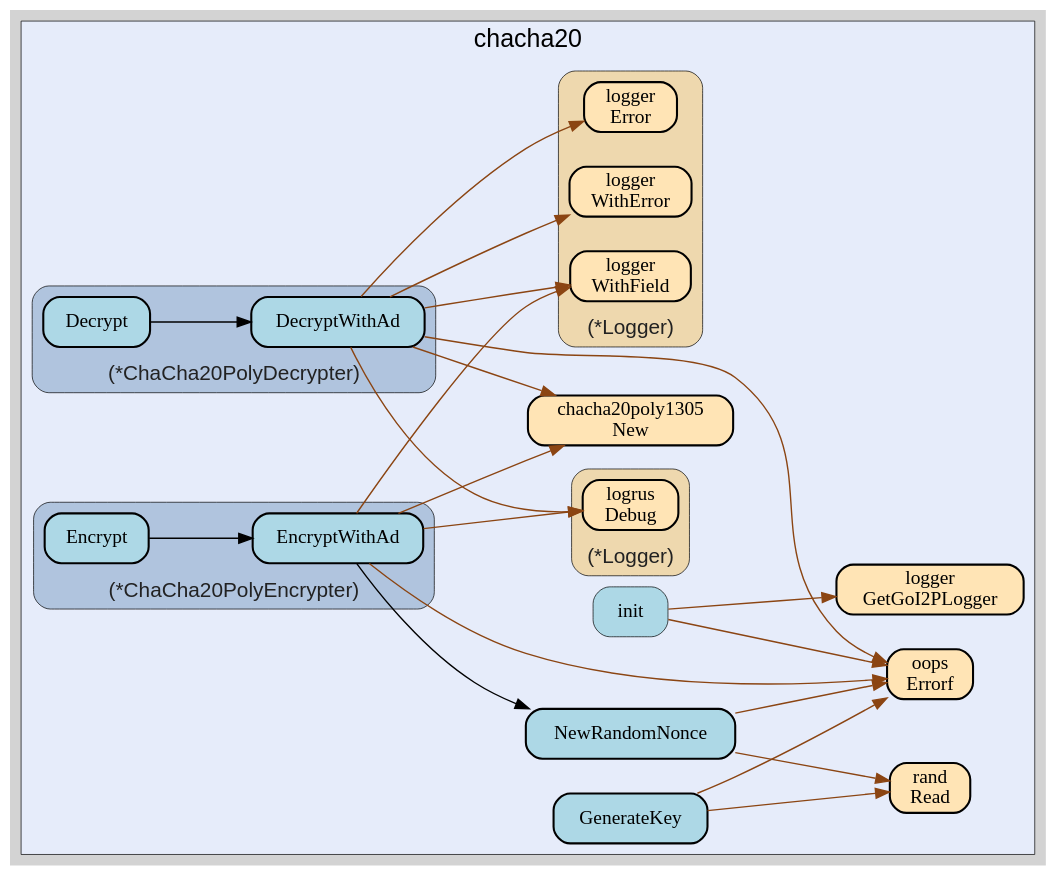
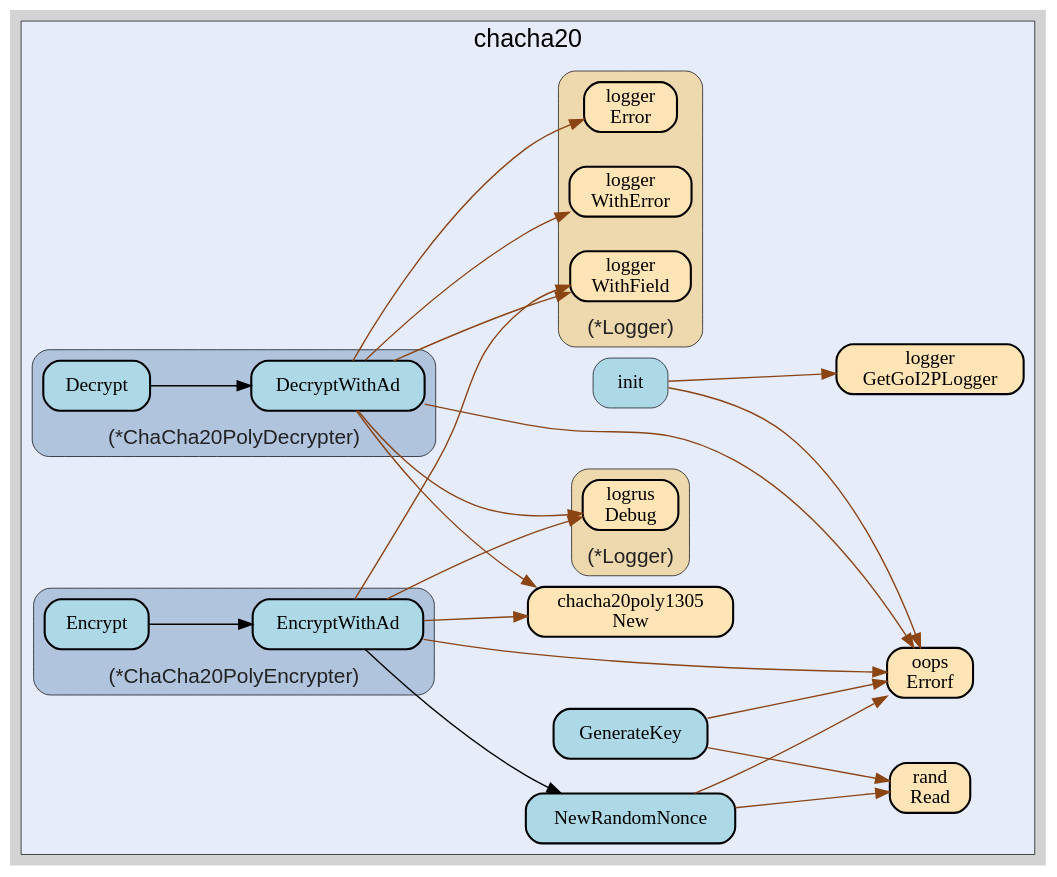
One commit to go-i2p/crypto changed the diagram in chacha20/chacha20.gv. Above: the diagram before and after it, drawn with Graphviz. The commit also changed 27 other files, not shown here.

Commit message:
enforce crypto/rand only use in rand

```diff
--- a/chacha20/chacha20.gv
+++ b/chacha20/chacha20.gv
@@ -14,59 +14,59 @@
     edge [minlen="2"]
 
     subgraph "cluster_focus" {
-        labelloc="t";
-labeljust="c";
+        labeljust="c";
 fontsize="18";
 bgcolor="#e6ecfa";
 label="chacha20";
+labelloc="t";
         
+        "github.com/samber/oops.Errorf" [ penwidth="1.5" tooltip="github.com/samber/oops.Errorf | defined in oops.go:34" fillcolor="moccasin" label="oops\nErrorf" ]
         "golang.org/x/crypto/chacha20poly1305.New" [ fillcolor="moccasin" label="chacha20poly1305\nNew" penwidth="1.5" tooltip="golang.org/x/crypto/chacha20poly1305.New | defined in chacha20poly1305.go:40" ]
-        "github.com/samber/oops.Errorf" [ fillcolor="moccasin" label="oops\nErrorf" penwidth="1.5" tooltip="github.com/samber/oops.Errorf | defined in oops.go:34" ]
-        "github.com/go-i2p/crypto/chacha20.NewRandomNonce" [ tooltip="github.com/go-i2p/crypto/chacha20.NewRandomNonce | defined in utils.go:11\nat utils.go:15: calling [github.com/samber/oops.Errorf]\nat utils.go:13: calling [github.com/go-i2p/crypto/rand.Read]" fillcolor="lightblue" label="NewRandomNonce" penwidth="1.5" ]
+        "github.com/go-i2p/crypto/chacha20.NewRandomNonce" [ fillcolor="lightblue" label="NewRandomNonce" penwidth="1.5" tooltip="github.com/go-i2p/crypto/chacha20.NewRandomNonce | defined in utils.go:11\nat utils.go:13: calling [github.com/go-i2p/crypto/rand.Read]\nat utils.go:15: calling [github.com/samber/oops.Errorf]" ]
         "github.com/go-i2p/crypto/rand.Read" [ fillcolor="moccasin" label="rand\nRead" penwidth="1.5" tooltip="github.com/go-i2p/crypto/rand.Read | defined in secure_reader.go:189" ]
-        "github.com/go-i2p/crypto/chacha20.GenerateKey" [ fillcolor="lightblue" label="GenerateKey" penwidth="1.5" tooltip="github.com/go-i2p/crypto/chacha20.GenerateKey | defined in chacha20_key.go:10\nat chacha20_key.go:12: calling [github.com/go-i2p/crypto/rand.Read]\nat chacha20_key.go:14: calling [github.com/samber/oops.Errorf]" ]
         "github.com/go-i2p/crypto/chacha20.init" [ fillcolor="lightblue" label="init" penwidth="0.5" tooltip="github.com/go-i2p/crypto/chacha20.init | defined in .:0\nat constants.go:10: calling [github.com/go-i2p/logger.GetGoI2PLogger]\nat constants.go:23: calling [github.com/samber/oops.Errorf]\nat constants.go:24: calling [github.com/samber/oops.Errorf]\nat constants.go:25: calling [github.com/samber/oops.Errorf]\nat constants.go:26: calling [github.com/samber/oops.Errorf]\nat constants.go:27: calling [github.com/samber/oops.Errorf]" ]
         "github.com/go-i2p/logger.GetGoI2PLogger" [ fillcolor="moccasin" label="logger\nGetGoI2PLogger" penwidth="1.5" tooltip="github.com/go-i2p/logger.GetGoI2PLogger | defined in log.go:120" ]
+        "github.com/go-i2p/crypto/chacha20.GenerateKey" [ fillcolor="lightblue" label="GenerateKey" penwidth="1.5" tooltip="github.com/go-i2p/crypto/chacha20.GenerateKey | defined in chacha20_key.go:10\nat chacha20_key.go:14: calling [github.com/samber/oops.Errorf]\nat chacha20_key.go:12: calling [github.com/go-i2p/crypto/rand.Read]" ]
         
         subgraph "cluster_*github.com/go-i2p/crypto/chacha20.ChaCha20PolyDecrypter" {
-        fontsize="15";
-style="rounded,filled";
-fillcolor="lightsteelblue";
-fontcolor="#222222";
-labelloc="b";
-label="(*ChaCha20PolyDecrypter)";
+        fillcolor="lightsteelblue";
 tooltip="type: *github.com/go-i2p/crypto/chacha20.ChaCha20PolyDecrypter";
 penwidth="0.5";
+fontsize="15";
+fontcolor="#222222";
+style="rounded,filled";
+label="(*ChaCha20PolyDecrypter)";
+labelloc="b";
         
-        "(*github.com/go-i2p/crypto/chacha20.ChaCha20PolyDecrypter).DecryptWithAd" [ fillcolor="lightblue" label="DecryptWithAd" penwidth="1.5" tooltip="(*github.com/go-i2p/crypto/chacha20.ChaCha20PolyDecrypter).DecryptWithAd | defined in chacha20_decrypter.go:20\nat chacha20_decrypter.go:21: calling [(*github.com/go-i2p/logger.Logger).WithField]\nat chacha20_decrypter.go:45: calling [(*github.com/go-i2p/logger.Logger).WithField]\nat chacha20_decrypter.go:25: calling [github.com/samber/oops.Errorf]\nat chacha20_decrypter.go:31: calling [github.com/samber/oops.Errorf]\nat chacha20_decrypter.go:41: calling [(*github.com/go-i2p/logger.Logger).WithError]\nat chacha20_decrypter.go:41: calling [(*github.com/go-i2p/logger.Logger).Error]\nat chacha20_decrypter.go:21: calling [(*github.com/sirupsen/logrus.Logger).Debug]\nat chacha20_decrypter.go:45: calling [(*github.com/sirupsen/logrus.Logger).Debug]\nat chacha20_decrypter.go:29: calling [golang.org/x/crypto/chacha20poly1305.New]" ]
-        "(*github.com/go-i2p/crypto/chacha20.ChaCha20PolyDecrypter).Decrypt" [ fillcolor="lightblue" label="Decrypt" penwidth="1.5" tooltip="(*github.com/go-i2p/crypto/chacha20.ChaCha20PolyDecrypter).Decrypt | defined in chacha20_decrypter.go:15\nat chacha20_decrypter.go:16: calling [(*github.com/go-i2p/crypto/chacha20.ChaCha20PolyDecrypter).DecryptWithAd]" ]
+        "(*github.com/go-i2p/crypto/chacha20.ChaCha20PolyDecrypter).DecryptWithAd" [ fillcolor="lightblue" label="DecryptWithAd" penwidth="1.5" tooltip="(*github.com/go-i2p/crypto/chacha20.ChaCha20PolyDecrypter).DecryptWithAd | defined in chacha20_decrypter.go:20\nat chacha20_decrypter.go:21: calling [(*github.com/sirupsen/logrus.Logger).Debug]\nat chacha20_decrypter.go:45: calling [(*github.com/sirupsen/logrus.Logger).Debug]\nat chacha20_decrypter.go:25: calling [github.com/samber/oops.Errorf]\nat chacha20_decrypter.go:31: calling [github.com/samber/oops.Errorf]\nat chacha20_decrypter.go:29: calling [golang.org/x/crypto/chacha20poly1305.New]\nat chacha20_decrypter.go:21: calling [(*github.com/go-i2p/logger.Logger).WithField]\nat chacha20_decrypter.go:45: calling [(*github.com/go-i2p/logger.Logger).WithField]\nat chacha20_decrypter.go:41: calling [(*github.com/go-i2p/logger.Logger).WithError]\nat chacha20_decrypter.go:41: calling [(*github.com/go-i2p/logger.Logger).Error]" ]
+        "(*github.com/go-i2p/crypto/chacha20.ChaCha20PolyDecrypter).Decrypt" [ label="Decrypt" penwidth="1.5" tooltip="(*github.com/go-i2p/crypto/chacha20.ChaCha20PolyDecrypter).Decrypt | defined in chacha20_decrypter.go:15\nat chacha20_decrypter.go:16: calling [(*github.com/go-i2p/crypto/chacha20.ChaCha20PolyDecrypter).DecryptWithAd]" fillcolor="lightblue" ]
         
     }
 
         subgraph "cluster_*github.com/go-i2p/crypto/chacha20.ChaCha20PolyEncrypter" {
-        fontcolor="#222222";
+        penwidth="0.5";
+fontsize="15";
+fontcolor="#222222";
 labelloc="b";
-tooltip="type: *github.com/go-i2p/crypto/chacha20.ChaCha20PolyEncrypter";
 style="rounded,filled";
 fillcolor="lightsteelblue";
 label="(*ChaCha20PolyEncrypter)";
-penwidth="0.5";
-fontsize="15";
+tooltip="type: *github.com/go-i2p/crypto/chacha20.ChaCha20PolyEncrypter";
         
-        "(*github.com/go-i2p/crypto/chacha20.ChaCha20PolyEncrypter).EncryptWithAd" [ fillcolor="lightblue" label="EncryptWithAd" penwidth="1.5" tooltip="(*github.com/go-i2p/crypto/chacha20.ChaCha20PolyEncrypter).EncryptWithAd | defined in chacha20_encrypter.go:21\nat chacha20_encrypter.go:22: calling [(*github.com/sirupsen/logrus.Logger).Debug]\nat chacha20_encrypter.go:44: calling [(*github.com/sirupsen/logrus.Logger).Debug]\nat chacha20_encrypter.go:25: calling [golang.org/x/crypto/chacha20poly1305.New]\nat chacha20_encrypter.go:31: calling [github.com/go-i2p/crypto/chacha20.NewRandomNonce]\nat chacha20_encrypter.go:22: calling [(*github.com/go-i2p/logger.Logger).WithField]\nat chacha20_encrypter.go:44: calling [(*github.com/go-i2p/logger.Logger).WithField]\nat chacha20_encrypter.go:27: calling [github.com/samber/oops.Errorf]" ]
+        "(*github.com/go-i2p/crypto/chacha20.ChaCha20PolyEncrypter).EncryptWithAd" [ fillcolor="lightblue" label="EncryptWithAd" penwidth="1.5" tooltip="(*github.com/go-i2p/crypto/chacha20.ChaCha20PolyEncrypter).EncryptWithAd | defined in chacha20_encrypter.go:21\nat chacha20_encrypter.go:27: calling [github.com/samber/oops.Errorf]\nat chacha20_encrypter.go:22: calling [(*github.com/go-i2p/logger.Logger).WithField]\nat chacha20_encrypter.go:44: calling [(*github.com/go-i2p/logger.Logger).WithField]\nat chacha20_encrypter.go:25: calling [golang.org/x/crypto/chacha20poly1305.New]\nat chacha20_encrypter.go:31: calling [github.com/go-i2p/crypto/chacha20.NewRandomNonce]\nat chacha20_encrypter.go:22: calling [(*github.com/sirupsen/logrus.Logger).Debug]\nat chacha20_encrypter.go:44: calling [(*github.com/sirupsen/logrus.Logger).Debug]" ]
         "(*github.com/go-i2p/crypto/chacha20.ChaCha20PolyEncrypter).Encrypt" [ fillcolor="lightblue" label="Encrypt" penwidth="1.5" tooltip="(*github.com/go-i2p/crypto/chacha20.ChaCha20PolyEncrypter).Encrypt | defined in chacha20_encrypter.go:15\nat chacha20_encrypter.go:16: calling [(*github.com/go-i2p/crypto/chacha20.ChaCha20PolyEncrypter).EncryptWithAd]" ]
         
     }
 
         subgraph "cluster_*github.com/go-i2p/logger.Logger" {
-        labelloc="b";
-style="rounded,filled";
-fillcolor="wheat2";
-label="(*Logger)";
+        label="(*Logger)";
 tooltip="type: *github.com/go-i2p/logger.Logger";
 penwidth="0.5";
 fontsize="15";
 fontcolor="#222222";
+labelloc="b";
+style="rounded,filled";
+fillcolor="wheat2";
         
         "(*github.com/go-i2p/logger.Logger).WithField" [ fillcolor="moccasin" label="logger\nWithField" penwidth="1.5" tooltip="(*github.com/go-i2p/logger.Logger).WithField | defined in log.go:54" ]
         "(*github.com/go-i2p/logger.Logger).WithError" [ fillcolor="moccasin" label="logger\nWithError" penwidth="1.5" tooltip="(*github.com/go-i2p/logger.Logger).WithError | defined in log.go:66" ]
@@ -75,38 +75,38 @@
     }
 
         subgraph "cluster_*github.com/sirupsen/logrus.Logger" {
-        fontsize="15";
+        tooltip="type: *github.com/sirupsen/logrus.Logger";
+penwidth="0.5";
+fontsize="15";
 fontcolor="#222222";
 labelloc="b";
 style="rounded,filled";
 fillcolor="wheat2";
 label="(*Logger)";
-tooltip="type: *github.com/sirupsen/logrus.Logger";
-penwidth="0.5";
         
-        "(*github.com/sirupsen/logrus.Logger).Debug" [ label="logrus\nDebug" penwidth="1.5" tooltip="(*github.com/sirupsen/logrus.Logger).Debug | defined in logger.go:221" fillcolor="moccasin" ]
+        "(*github.com/sirupsen/logrus.Logger).Debug" [ tooltip="(*github.com/sirupsen/logrus.Logger).Debug | defined in logger.go:221" fillcolor="moccasin" label="logrus\nDebug" penwidth="1.5" ]
         
     }
 
     }
 
-    "(*github.com/go-i2p/crypto/chacha20.ChaCha20PolyEncrypter).EncryptWithAd" -> "(*github.com/sirupsen/logrus.Logger).Debug" [ color="saddlebrown" tooltip="at chacha20_encrypter.go:22: calling [(*github.com/sirupsen/logrus.Logger).Debug]\nat chacha20_encrypter.go:44: calling [(*github.com/sirupsen/logrus.Logger).Debug]" ]
-    "(*github.com/go-i2p/crypto/chacha20.ChaCha20PolyEncrypter).EncryptWithAd" -> "golang.org/x/crypto/chacha20poly1305.New" [ color="saddlebrown" tooltip="at chacha20_encrypter.go:25: calling [golang.org/x/crypto/chacha20poly1305.New]" ]
-    "(*github.com/go-i2p/crypto/chacha20.ChaCha20PolyEncrypter).EncryptWithAd" -> "github.com/go-i2p/crypto/chacha20.NewRandomNonce" [ tooltip="at chacha20_encrypter.go:31: calling [github.com/go-i2p/crypto/chacha20.NewRandomNonce]" ]
-    "github.com/go-i2p/crypto/chacha20.GenerateKey" -> "github.com/go-i2p/crypto/rand.Read" [ color="saddlebrown" tooltip="at chacha20_key.go:12: calling [github.com/go-i2p/crypto/rand.Read]" ]
-    "(*github.com/go-i2p/crypto/chacha20.ChaCha20PolyDecrypter).DecryptWithAd" -> "(*github.com/go-i2p/logger.Logger).WithField" [ color="saddlebrown" tooltip="at chacha20_decrypter.go:21: calling [(*github.com/go-i2p/logger.Logger).WithField]\nat chacha20_decrypter.go:45: calling [(*github.com/go-i2p/logger.Logger).WithField]" ]
-    "(*github.com/go-i2p/crypto/chacha20.ChaCha20PolyDecrypter).DecryptWithAd" -> "github.com/samber/oops.Errorf" [ color="saddlebrown" tooltip="at chacha20_decrypter.go:25: calling [github.com/samber/oops.Errorf]\nat chacha20_decrypter.go:31: calling [github.com/samber/oops.Errorf]" ]
-    "(*github.com/go-i2p/crypto/chacha20.ChaCha20PolyDecrypter).DecryptWithAd" -> "(*github.com/go-i2p/logger.Logger).WithError" [ color="saddlebrown" tooltip="at chacha20_decrypter.go:41: calling [(*github.com/go-i2p/logger.Logger).WithError]" ]
-    "(*github.com/go-i2p/crypto/chacha20.ChaCha20PolyDecrypter).DecryptWithAd" -> "(*github.com/go-i2p/logger.Logger).Error" [ color="saddlebrown" tooltip="at chacha20_decrypter.go:41: calling [(*github.com/go-i2p/logger.Logger).Error]" ]
-    "github.com/go-i2p/crypto/chacha20.NewRandomNonce" -> "github.com/samber/oops.Errorf" [ color="saddlebrown" tooltip="at utils.go:15: calling [github.com/samber/oops.Errorf]" ]
-    "github.com/go-i2p/crypto/chacha20.init" -> "github.com/go-i2p/logger.GetGoI2PLogger" [ color="saddlebrown" tooltip="at constants.go:10: calling [github.com/go-i2p/logger.GetGoI2PLogger]" ]
-    "github.com/go-i2p/crypto/chacha20.init" -> "github.com/samber/oops.Errorf" [ color="saddlebrown" tooltip="at constants.go:23: calling [github.com/samber/oops.Errorf]\nat constants.go:24: calling [github.com/samber/oops.Errorf]\nat constants.go:25: calling [github.com/samber/oops.Errorf]\nat constants.go:26: calling [github.com/samber/oops.Errorf]\nat constants.go:27: calling [github.com/samber/oops.Errorf]" ]
-    "(*github.com/go-i2p/crypto/chacha20.ChaCha20PolyEncrypter).EncryptWithAd" -> "(*github.com/go-i2p/logger.Logger).WithField" [ color="saddlebrown" tooltip="at chacha20_encrypter.go:22: calling [(*github.com/go-i2p/logger.Logger).WithField]\nat chacha20_encrypter.go:44: calling [(*github.com/go-i2p/logger.Logger).WithField]" ]
+    "(*github.com/go-i2p/crypto/chacha20.ChaCha20PolyDecrypter).DecryptWithAd" -> "(*github.com/sirupsen/logrus.Logger).Debug" [ color="saddlebrown" tooltip="at chacha20_decrypter.go:21: calling [(*github.com/sirupsen/logrus.Logger).Debug]\nat chacha20_decrypter.go:45: calling [(*github.com/sirupsen/logrus.Logger).Debug]" ]
     "github.com/go-i2p/crypto/chacha20.NewRandomNonce" -> "github.com/go-i2p/crypto/rand.Read" [ color="saddlebrown" tooltip="at utils.go:13: calling [github.com/go-i2p/crypto/rand.Read]" ]
     "github.com/go-i2p/crypto/chacha20.GenerateKey" -> "github.com/samber/oops.Errorf" [ color="saddlebrown" tooltip="at chacha20_key.go:14: calling [github.com/samber/oops.Errorf]" ]
+    "(*github.com/go-i2p/crypto/chacha20.ChaCha20PolyDecrypter).DecryptWithAd" -> "github.com/samber/oops.Errorf" [ color="saddlebrown" tooltip="at chacha20_decrypter.go:25: calling [github.com/samber/oops.Errorf]\nat chacha20_decrypter.go:31: calling [github.com/samber/oops.Errorf]" ]
+    "(*github.com/go-i2p/crypto/chacha20.ChaCha20PolyDecrypter).DecryptWithAd" -> "golang.org/x/crypto/chacha20poly1305.New" [ color="saddlebrown" tooltip="at chacha20_decrypter.go:29: calling [golang.org/x/crypto/chacha20poly1305.New]" ]
+    "(*github.com/go-i2p/crypto/chacha20.ChaCha20PolyEncrypter).EncryptWithAd" -> "github.com/samber/oops.Errorf" [ tooltip="at chacha20_encrypter.go:27: calling [github.com/samber/oops.Errorf]" color="saddlebrown" ]
     "(*github.com/go-i2p/crypto/chacha20.ChaCha20PolyDecrypter).Decrypt" -> "(*github.com/go-i2p/crypto/chacha20.ChaCha20PolyDecrypter).DecryptWithAd" [ tooltip="at chacha20_decrypter.go:16: calling [(*github.com/go-i2p/crypto/chacha20.ChaCha20PolyDecrypter).DecryptWithAd]" ]
-    "(*github.com/go-i2p/crypto/chacha20.ChaCha20PolyEncrypter).EncryptWithAd" -> "github.com/samber/oops.Errorf" [ color="saddlebrown" tooltip="at chacha20_encrypter.go:27: calling [github.com/samber/oops.Errorf]" ]
+    "github.com/go-i2p/crypto/chacha20.GenerateKey" -> "github.com/go-i2p/crypto/rand.Read" [ color="saddlebrown" tooltip="at chacha20_key.go:12: calling [github.com/go-i2p/crypto/rand.Read]" ]
+    "(*github.com/go-i2p/crypto/chacha20.ChaCha20PolyEncrypter).EncryptWithAd" -> "(*github.com/go-i2p/logger.Logger).WithField" [ color="saddlebrown" tooltip="at chacha20_encrypter.go:22: calling [(*github.com/go-i2p/logger.Logger).WithField]\nat chacha20_encrypter.go:44: calling [(*github.com/go-i2p/logger.Logger).WithField]" ]
+    "(*github.com/go-i2p/crypto/chacha20.ChaCha20PolyEncrypter).EncryptWithAd" -> "golang.org/x/crypto/chacha20poly1305.New" [ tooltip="at chacha20_encrypter.go:25: calling [golang.org/x/crypto/chacha20poly1305.New]" color="saddlebrown" ]
+    "github.com/go-i2p/crypto/chacha20.NewRandomNonce" -> "github.com/samber/oops.Errorf" [ color="saddlebrown" tooltip="at utils.go:15: calling [github.com/samber/oops.Errorf]" ]
+    "(*github.com/go-i2p/crypto/chacha20.ChaCha20PolyEncrypter).EncryptWithAd" -> "github.com/go-i2p/crypto/chacha20.NewRandomNonce" [ tooltip="at chacha20_encrypter.go:31: calling [github.com/go-i2p/crypto/chacha20.NewRandomNonce]" ]
     "(*github.com/go-i2p/crypto/chacha20.ChaCha20PolyEncrypter).Encrypt" -> "(*github.com/go-i2p/crypto/chacha20.ChaCha20PolyEncrypter).EncryptWithAd" [ tooltip="at chacha20_encrypter.go:16: calling [(*github.com/go-i2p/crypto/chacha20.ChaCha20PolyEncrypter).EncryptWithAd]" ]
-    "(*github.com/go-i2p/crypto/chacha20.ChaCha20PolyDecrypter).DecryptWithAd" -> "(*github.com/sirupsen/logrus.Logger).Debug" [ color="saddlebrown" tooltip="at chacha20_decrypter.go:21: calling [(*github.com/sirupsen/logrus.Logger).Debug]\nat chacha20_decrypter.go:45: calling [(*github.com/sirupsen/logrus.Logger).Debug]" ]
-    "(*github.com/go-i2p/crypto/chacha20.ChaCha20PolyDecrypter).DecryptWithAd" -> "golang.org/x/crypto/chacha20poly1305.New" [ color="saddlebrown" tooltip="at chacha20_decrypter.go:29: calling [golang.org/x/crypto/chacha20poly1305.New]" ]
+    "github.com/go-i2p/crypto/chacha20.init" -> "github.com/go-i2p/logger.GetGoI2PLogger" [ tooltip="at constants.go:10: calling [github.com/go-i2p/logger.GetGoI2PLogger]" color="saddlebrown" ]
+    "github.com/go-i2p/crypto/chacha20.init" -> "github.com/samber/oops.Errorf" [ tooltip="at constants.go:23: calling [github.com/samber/oops.Errorf]\nat constants.go:24: calling [github.com/samber/oops.Errorf]\nat constants.go:25: calling [github.com/samber/oops.Errorf]\nat constants.go:26: calling [github.com/samber/oops.Errorf]\nat constants.go:27: calling [github.com/samber/oops.Errorf]" color="saddlebrown" ]
+    "(*github.com/go-i2p/crypto/chacha20.ChaCha20PolyDecrypter).DecryptWithAd" -> "(*github.com/go-i2p/logger.Logger).WithField" [ color="saddlebrown" tooltip="at chacha20_decrypter.go:21: calling [(*github.com/go-i2p/logger.Logger).WithField]\nat chacha20_decrypter.go:45: calling [(*github.com/go-i2p/logger.Logger).WithField]" ]
+    "(*github.com/go-i2p/crypto/chacha20.ChaCha20PolyDecrypter).DecryptWithAd" -> "(*github.com/go-i2p/logger.Logger).WithError" [ color="saddlebrown" tooltip="at chacha20_decrypter.go:41: calling [(*github.com/go-i2p/logger.Logger).WithError]" ]
+    "(*github.com/go-i2p/crypto/chacha20.ChaCha20PolyDecrypter).DecryptWithAd" -> "(*github.com/go-i2p/logger.Logger).Error" [ tooltip="at chacha20_decrypter.go:41: calling [(*github.com/go-i2p/logger.Logger).Error]" color="saddlebrown" ]
+    "(*github.com/go-i2p/crypto/chacha20.ChaCha20PolyEncrypter).EncryptWithAd" -> "(*github.com/sirupsen/logrus.Logger).Debug" [ color="saddlebrown" tooltip="at chacha20_encrypter.go:22: calling [(*github.com/sirupsen/logrus.Logger).Debug]\nat chacha20_encrypter.go:44: calling [(*github.com/sirupsen/logrus.Logger).Debug]" ]
 }
```
